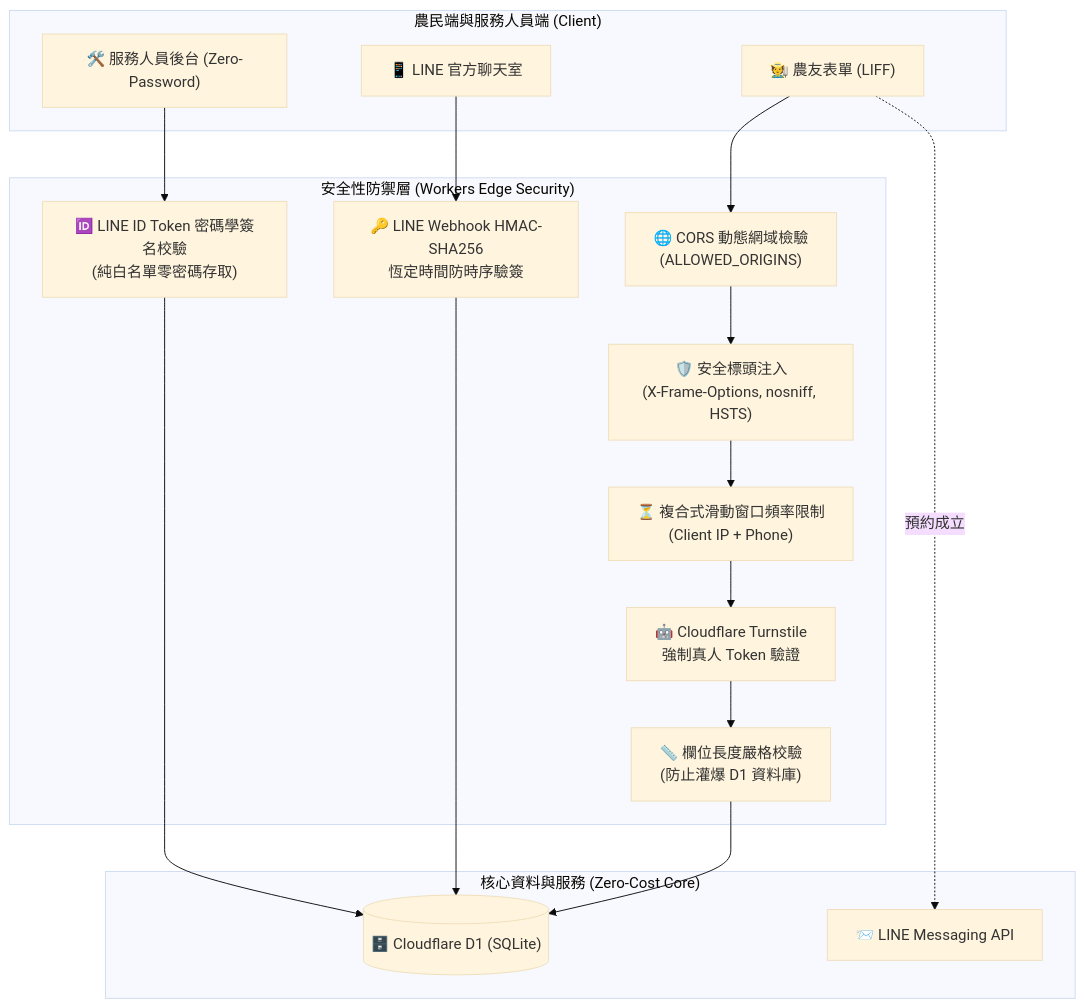
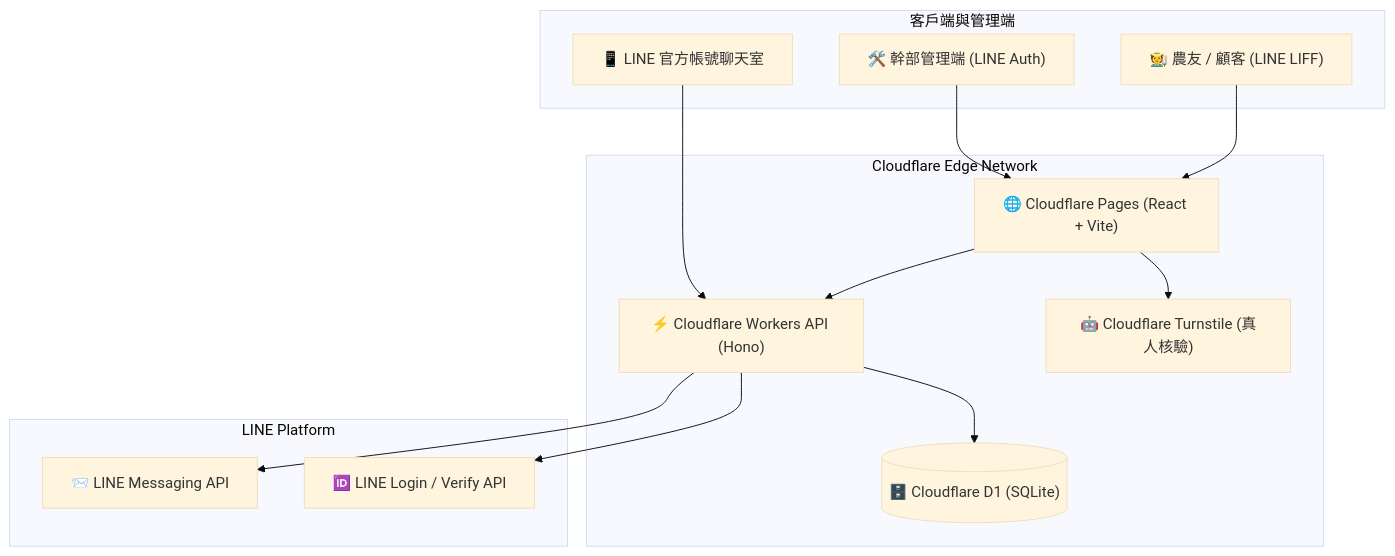
One commit to chingfonlee/open-booking-line changed the diagram in README.md. Above: the diagram before and after it, drawn with Mermaid (base theme). The commit also changed other lines of this file and 19 other files, not shown here.

Commit message:
chore(ep02): initialize rich menu orchestration and doc architecture

````diff
--- a/README.md
+++ b/README.md
@@ -211,28 +72,29 @@
 ```mermaid
 flowchart TD
-    subgraph Client["農民端與服務人員端 (Client)"]
-        Farmer["🧑‍🌾 農友表單 (LIFF)"]
-        Admin["🛠️ 服務人員後台 (Zero-Password)"]
-        LineApp["📱 LINE 官方聊天室"]
+    subgraph Client["客戶端與管理端"]
+        User["🧑‍🌾 農友 / 顧客 (LINE LIFF)"]
+        Admin["🛠️ 幹部管理端 (LINE Auth)"]
+        LineChat["📱 LINE 官方帳號聊天室"]
     end
 
-    subgraph SecurityLayer["安全性防禦層 (Workers Edge Security)"]
-        CORS["🌐 CORS 動態網域檢驗<br>(ALLOWED_ORIGINS)"]
-        Headers["🛡️ 安全標頭注入<br>(X-Frame-Options, nosniff, HSTS)"]
-        RateLimit["⏳ 複合式滑動窗口頻率限制<br>(Client IP + Phone)"]
-        Turnstile["🤖 Cloudflare Turnstile<br>強制真人 Token 驗證"]
-        HMAC["🔑 LINE Webhook HMAC-SHA256<br>恆定時間防時序驗簽"]
-        LineAuth["🆔 LINE ID Token 密碼學簽名校驗<br>(純白名單零密碼存取)"]
-        LengthCheck["📏 欄位長度嚴格校驗<br>(防止灌爆 D1 資料庫)"]
+    subgraph Edge["Cloudflare Edge Network"]
+        Pages["🌐 Cloudflare Pages (React + Vite)"]
+        Worker["⚡ Cloudflare Workers API (Hono)"]
+        Turnstile["🤖 Cloudflare Turnstile (真人核驗)"]
+        D1[("🗄️ Cloudflare D1 (SQLite)")]
     end
 
-    subgraph Core["核心資料與服務 (Zero-Cost Core)"]
-        D1[("🗄️ Cloudflare D1 (SQLite)")]
-        LINE_API["📨 LINE Messaging API"]
+    subgraph LinePlatform["LINE Platform"]
+        MessagingAPI["📨 LINE Messaging API"]
+        LineLogin["🆔 LINE Login / Verify API"]
     end
 
-    Farmer --> CORS --> Headers --> RateLimit --> Turnstile --> LengthCheck --> D1
-    Farmer -. 預約成立 .-> LINE_API
-    LineApp --> HMAC --> D1
-    Admin --> LineAuth --> D1
+    User --> Pages
+    Pages --> Turnstile
+    Pages --> Worker
+    Worker --> D1
+    Worker --> MessagingAPI
+    LineChat --> Worker
+    Admin --> Pages
+    Worker --> LineLogin
 ```
````
